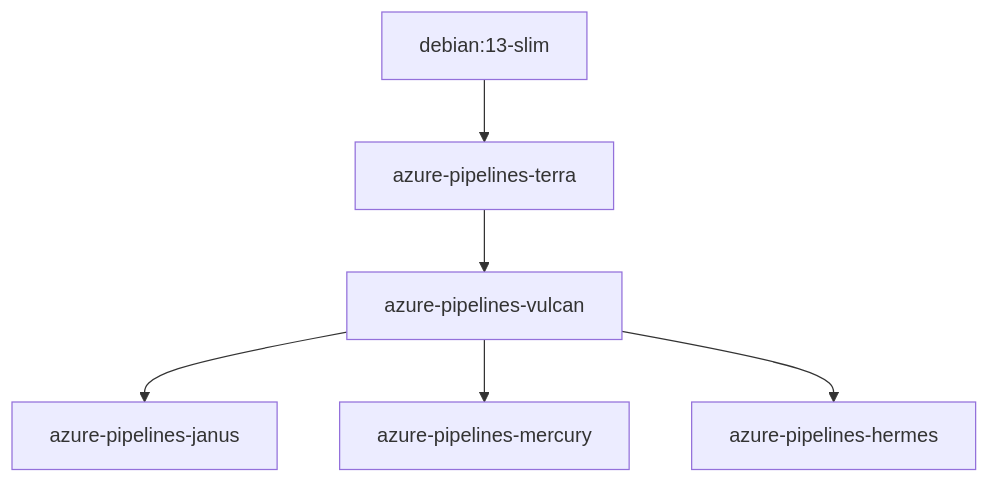
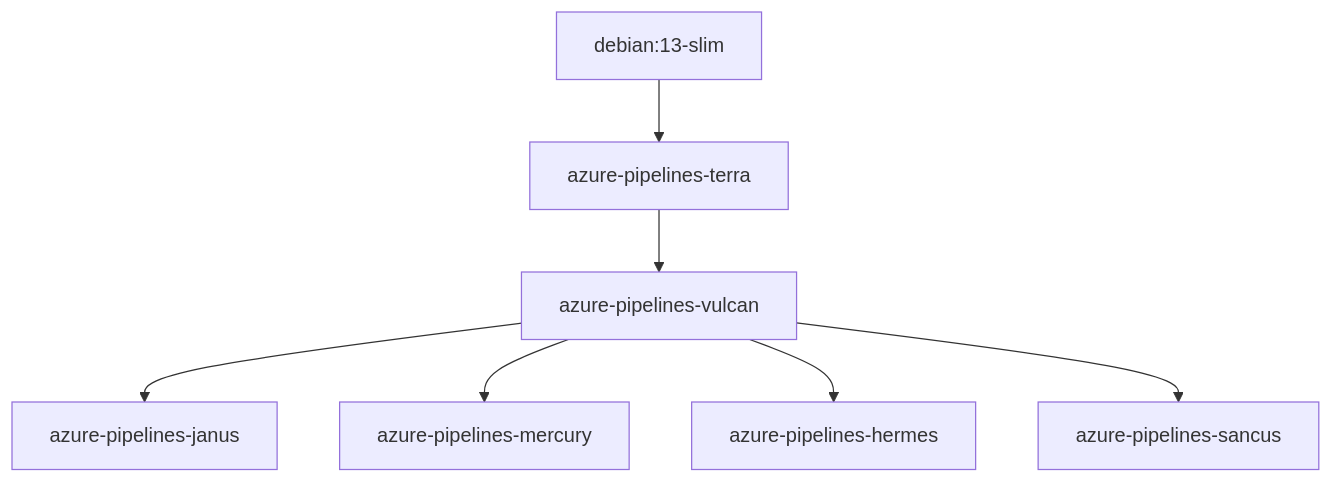
One commit to swissgrc/.github changed the diagram in profile/README.md. Above: the diagram before and after it, drawn with Mermaid. The commit also changed other lines of this file, not shown here.

Commit message:
Add azure-pipelines-sancus to README.md (#364)

````diff
--- a/profile/README.md
+++ b/profile/README.md
@@ -16,28 +17,32 @@
 ```mermaid
 graph TB
     terra[azure-pipelines-terra]
     click terra "https://github.com/swissgrc/docker-azure-pipelines"
 
     vulcan[azure-pipelines-vulcan]
     click vulcan "https://github.com/swissgrc/docker-azure-pipelines"
 
     janus[azure-pipelines-janus]
     click janus "https://github.com/swissgrc/docker-azure-pipelines"
 
     mercury[azure-pipelines-mercury]
     click mercury "https://github.com/swissgrc/docker-azure-pipelines"
 
     hermes[azure-pipelines-hermes]
     click hermes "https://github.com/swissgrc/docker-azure-pipelines"
 
+    sancus[azure-pipelines-sancus]
+    click sancus "https://github.com/swissgrc/docker-azure-pipelines"
+
     %% External base image
     debian[debian:13-slim]
     click debian "https://hub.docker.com/_/debian"
 
     %% Inheritance relationships (top-down)
     debian --> terra
     terra --> vulcan
     vulcan --> janus
     vulcan --> mercury
     vulcan --> hermes
+    vulcan --> sancus
 ```
````
